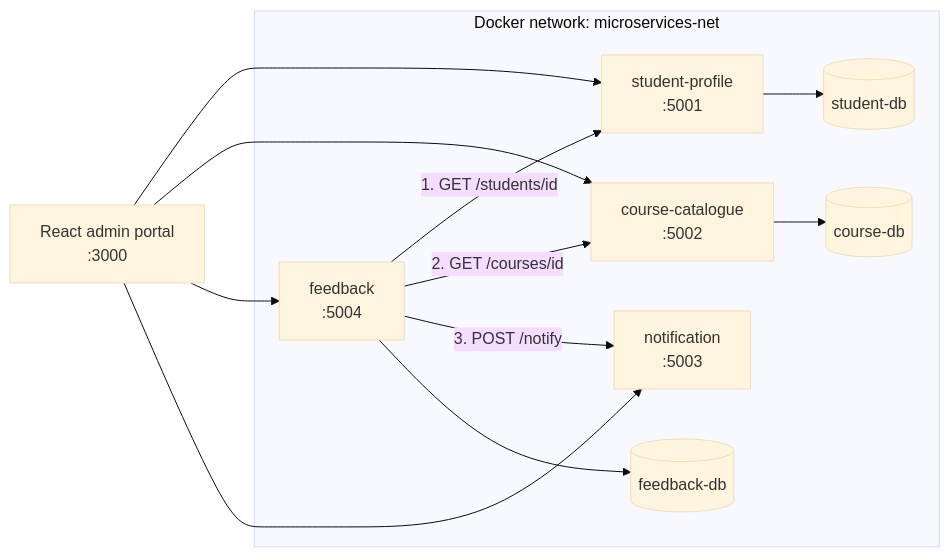
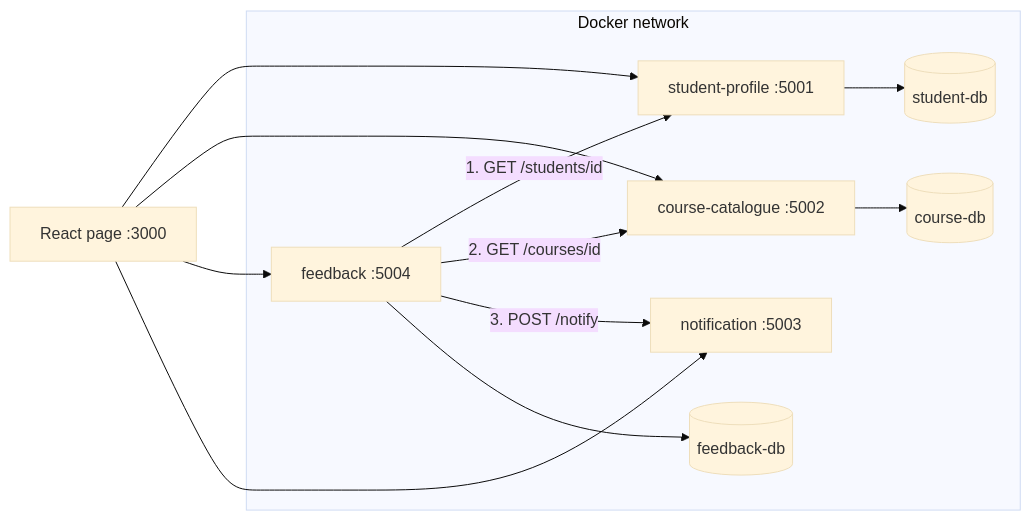
One commit to Kyoushiken/infs605-student-services-microservices changed the diagram in README.md. Above: the diagram before and after it, drawn with Mermaid (base theme). The commit also changed other lines of this file and 5 other files, not shown here.

````diff
--- a/README.md
+++ b/README.md
@@ -10,28 +8,28 @@
 ```mermaid
 flowchart LR
-    Browser["React admin portal<br/>:3000"]
+    Browser["React page :3000"]
 
-    subgraph Docker network: microservices-net
-        SP["student-profile<br/>:5001"]
-        CC["course-catalogue<br/>:5002"]
-        FB["feedback<br/>:5004"]
-        NT["notification<br/>:5003"]
+    subgraph Docker network
+        SP["student-profile :5001"]
+        CC["course-catalogue :5002"]
+        FB["feedback :5004"]
+        NT["notification :5003"]
 
         SDB[("student-db")]
         CDB[("course-db")]
         FDB[("feedback-db")]
     end
 
     Browser --> SP
     Browser --> CC
     Browser --> FB
     Browser --> NT
 
-    FB -- "1. GET /students/id" --> SP
-    FB -- "2. GET /courses/id" --> CC
-    FB -- "3. POST /notify" --> NT
+    FB -->|"1. GET /students/id"| SP
+    FB -->|"2. GET /courses/id"| CC
+    FB -->|"3. POST /notify"| NT
 
     SP --> SDB
     CC --> CDB
     FB --> FDB
 ```
````
